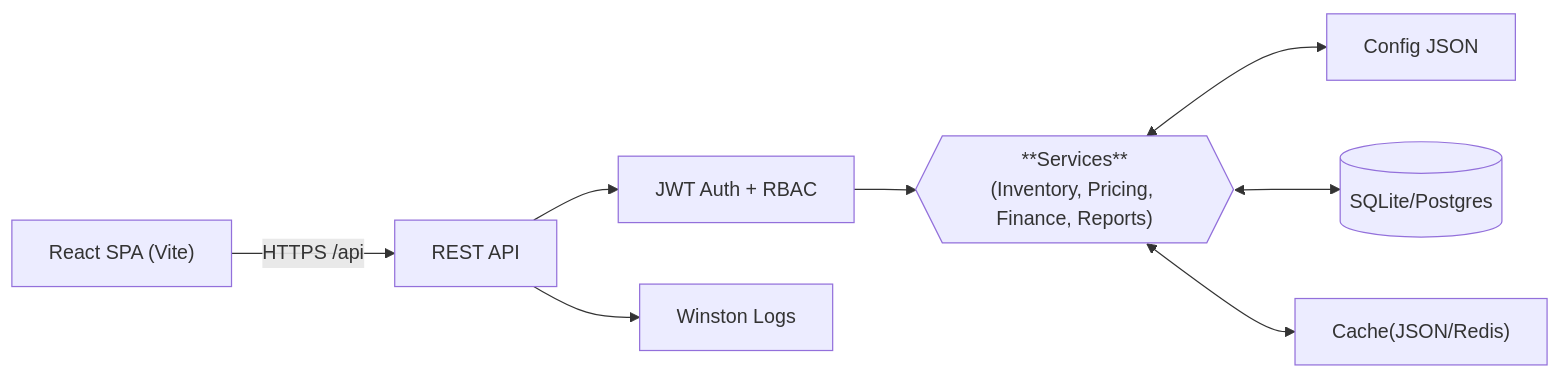
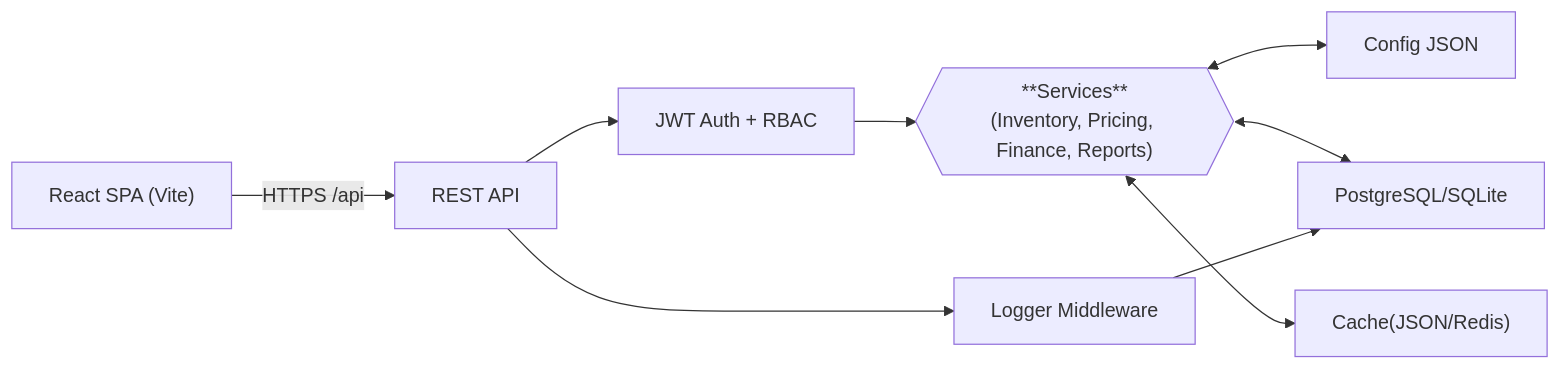
The diagram in README.md (lihaozhe013/myf-tradeflow-core), drawn with Mermaid before and after one commit. The commit also changed 2 other files, not shown here.

Commit message:
docs: update README and changelog for log system refactor

````diff
--- a/README.md
+++ b/README.md
@@ -28,10 +28,10 @@
 ```mermaid
 flowchart LR
   Frontend["React SPA (Vite)"] -->|HTTPS /api| API["REST API"]
   API --> Auth["JWT Auth + RBAC"]
   Auth --> Services{{"**Services**<br>(Inventory, Pricing, Finance, Reports)"}}
   Services <--> Config["Config JSON"]
-  Services <--> DB[("SQLite/Postgres")]
+  Services <--> DB[("PostgreSQL/SQLite")]
   Services <--> Cache["Cache(JSON/Redis)"]
-  API --> Logging["Winston Logs"]
+  API --> Logging["Logger Middleware"] --> DB["PostgreSQL/SQLite"]
 ```
````
